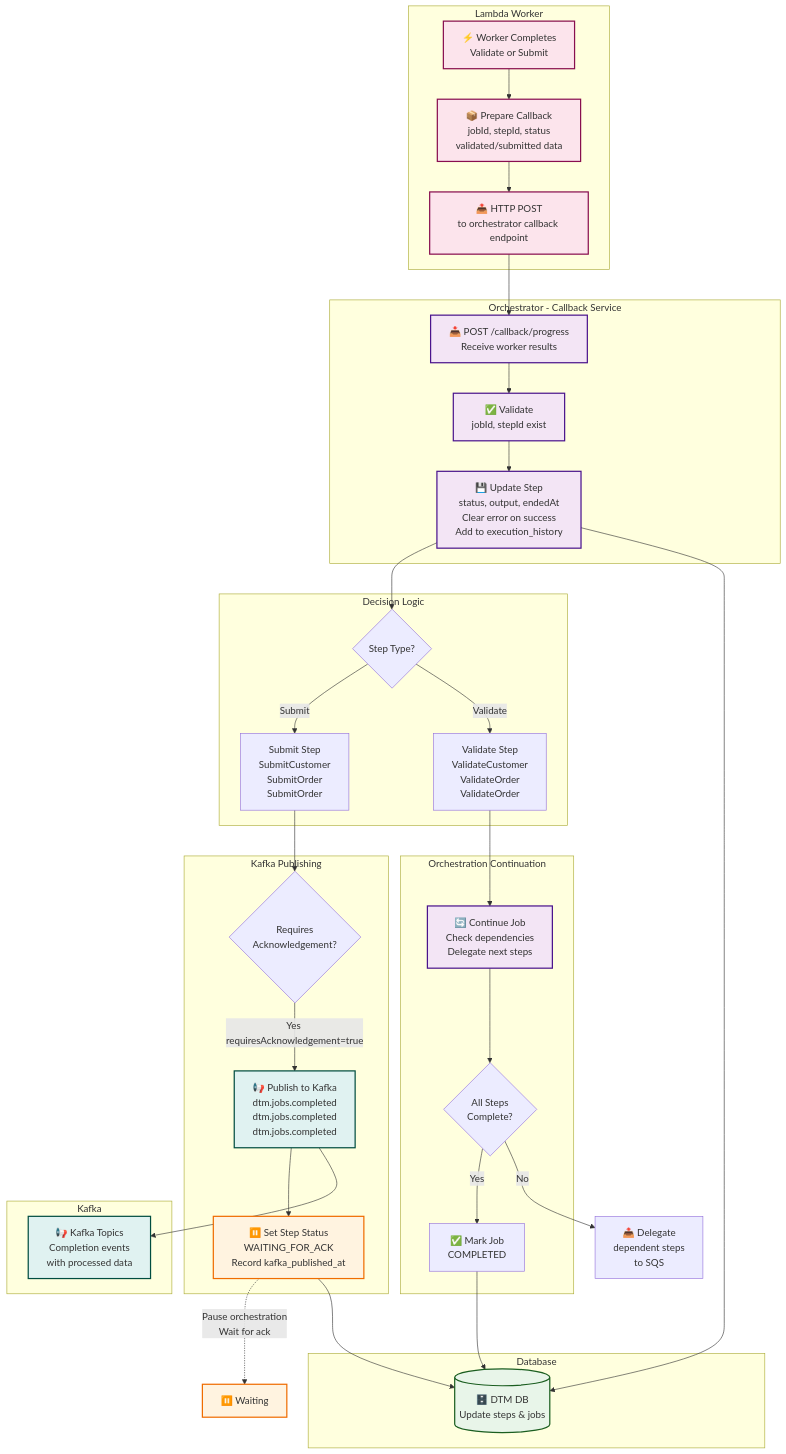
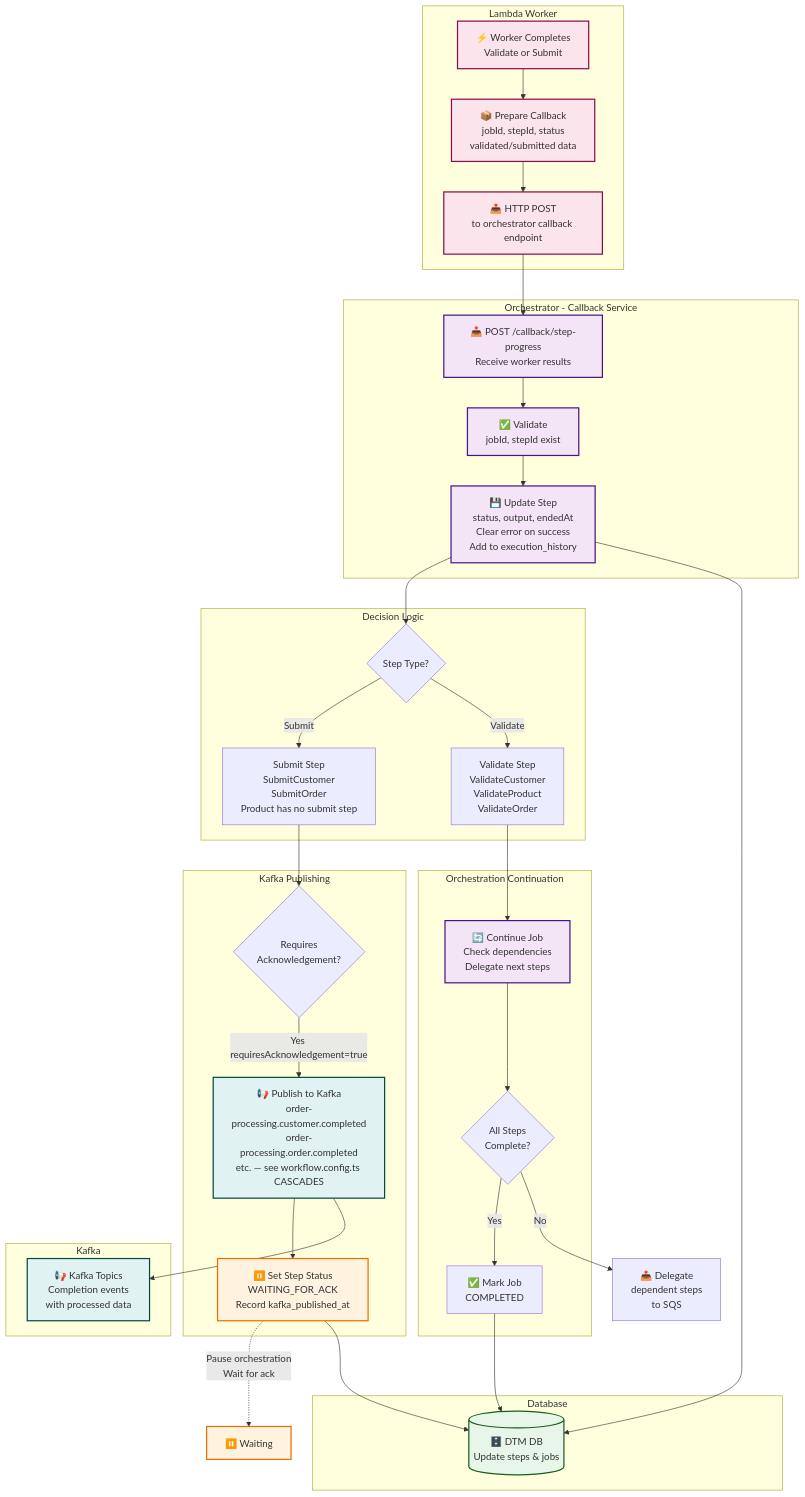
One commit to inctasoft/setpoint-evals-dtm-examples changed the fifth of 9 diagrams in docs/guides/system-architecture.md. Above: the diagram before and after it, drawn with Mermaid. The commit also changed other lines of this file, not shown here.

First line of the commit message:
docs: rewrite stale ETL-era system-architecture.md section against real DAG (#13)

````diff
--- a/docs/guides/system-architecture.md
+++ b/docs/guides/system-architecture.md
@@ -514,79 +506,79 @@
 ```mermaid
 graph TB
     subgraph "Lambda Worker"
         WORKER[⚡ Worker Completes<br/>Validate or Submit]
         PREPARE_CALLBACK[📦 Prepare Callback<br/>jobId, stepId, status<br/>validated/submitted data]
         HTTP_POST[📤 HTTP POST<br/>to orchestrator callback endpoint]
     end
 
     subgraph "Orchestrator - Callback Service"
-        CALLBACK_ENDPOINT[📥 POST /callback/progress<br/>Receive worker results]
+        CALLBACK_ENDPOINT[📥 POST /callback/step-progress<br/>Receive worker results]
         VALIDATE[✅ Validate<br/>jobId, stepId exist]
         UPDATE_STEP[💾 Update Step<br/>status, output, endedAt<br/>Clear error on success<br/>Add to execution_history]
     end
 
     subgraph "Decision Logic"
         CHECK_STEP_TYPE{Step Type?}
-        IS_VALIDATE[Validate Step<br/>ValidateCustomer<br/>ValidateOrder<br/>ValidateOrder]
-        IS_SUBMIT[Submit Step<br/>SubmitCustomer<br/>SubmitOrder<br/>SubmitOrder]
+        IS_VALIDATE[Validate Step<br/>ValidateCustomer<br/>ValidateProduct<br/>ValidateOrder]
+        IS_SUBMIT[Submit Step<br/>SubmitCustomer<br/>SubmitOrder<br/>Product has no submit step]
     end
 
     subgraph "Kafka Publishing"
         CHECK_ACK_REQUIRED{Requires<br/>Acknowledgement?}
-        PUBLISH_KAFKA[📢 Publish to Kafka<br/>dtm.jobs.completed<br/>dtm.jobs.completed<br/>dtm.jobs.completed]
+        PUBLISH_KAFKA[📢 Publish to Kafka<br/>order-processing.customer.completed<br/>order-processing.order.completed<br/>etc. — see workflow.config.ts CASCADES]
         SET_WAITING[⏸️ Set Step Status<br/>WAITING_FOR_ACK<br/>Record kafka_published_at]
     end
 
     subgraph "Orchestration Continuation"
         CONTINUE_JOB[🔄 Continue Job<br/>Check dependencies<br/>Delegate next steps]
         CHECK_COMPLETE{All Steps<br/>Complete?}
         JOB_COMPLETE[✅ Mark Job<br/>COMPLETED]
     end
 
     subgraph "Database"
         DTM_DB[(🗄️ DTM DB<br/>Update steps & jobs)]
     end
 
     subgraph "Kafka"
         KAFKA_TOPICS[📢 Kafka Topics<br/>Completion events<br/>with processed data]
     end
 
     WORKER --> PREPARE_CALLBACK
     PREPARE_CALLBACK --> HTTP_POST
     HTTP_POST --> CALLBACK_ENDPOINT
 
     CALLBACK_ENDPOINT --> VALIDATE
     VALIDATE --> UPDATE_STEP
     UPDATE_STEP --> DTM_DB
 
     UPDATE_STEP --> CHECK_STEP_TYPE
 
     CHECK_STEP_TYPE -->|Validate| IS_VALIDATE
     CHECK_STEP_TYPE -->|Submit| IS_SUBMIT
 
     IS_VALIDATE --> CONTINUE_JOB
 
     IS_SUBMIT --> CHECK_ACK_REQUIRED
     CHECK_ACK_REQUIRED -->|Yes requiresAcknowledgement=true| PUBLISH_KAFKA
     PUBLISH_KAFKA --> KAFKA_TOPICS
     PUBLISH_KAFKA --> SET_WAITING
     SET_WAITING --> DTM_DB
     SET_WAITING -.->|Pause orchestration<br/>Wait for ack| WAIT[⏸️ Waiting]
 
     CONTINUE_JOB --> CHECK_COMPLETE
     CHECK_COMPLETE -->|No| DELEG[📤 Delegate<br/>dependent steps<br/>to SQS]
     CHECK_COMPLETE -->|Yes| JOB_COMPLETE
     JOB_COMPLETE --> DTM_DB
 
     classDef worker fill:#fce4ec,stroke:#880e4f,stroke-width:2px
     classDef orchestrator fill:#f3e5f5,stroke:#4a148c,stroke-width:2px
     classDef database fill:#e8f5e9,stroke:#1b5e20,stroke-width:2px
     classDef kafka fill:#e0f2f1,stroke:#004d40,stroke-width:2px
     classDef waiting fill:#fff3e0,stroke:#ef6c00,stroke-width:2px
 
     class WORKER,PREPARE_CALLBACK,HTTP_POST worker
     class CALLBACK_ENDPOINT,VALIDATE,UPDATE_STEP,CONTINUE_JOB orchestrator
     class DTM_DB database
     class PUBLISH_KAFKA,KAFKA_TOPICS kafka
     class SET_WAITING,WAIT waiting
 ```
````
